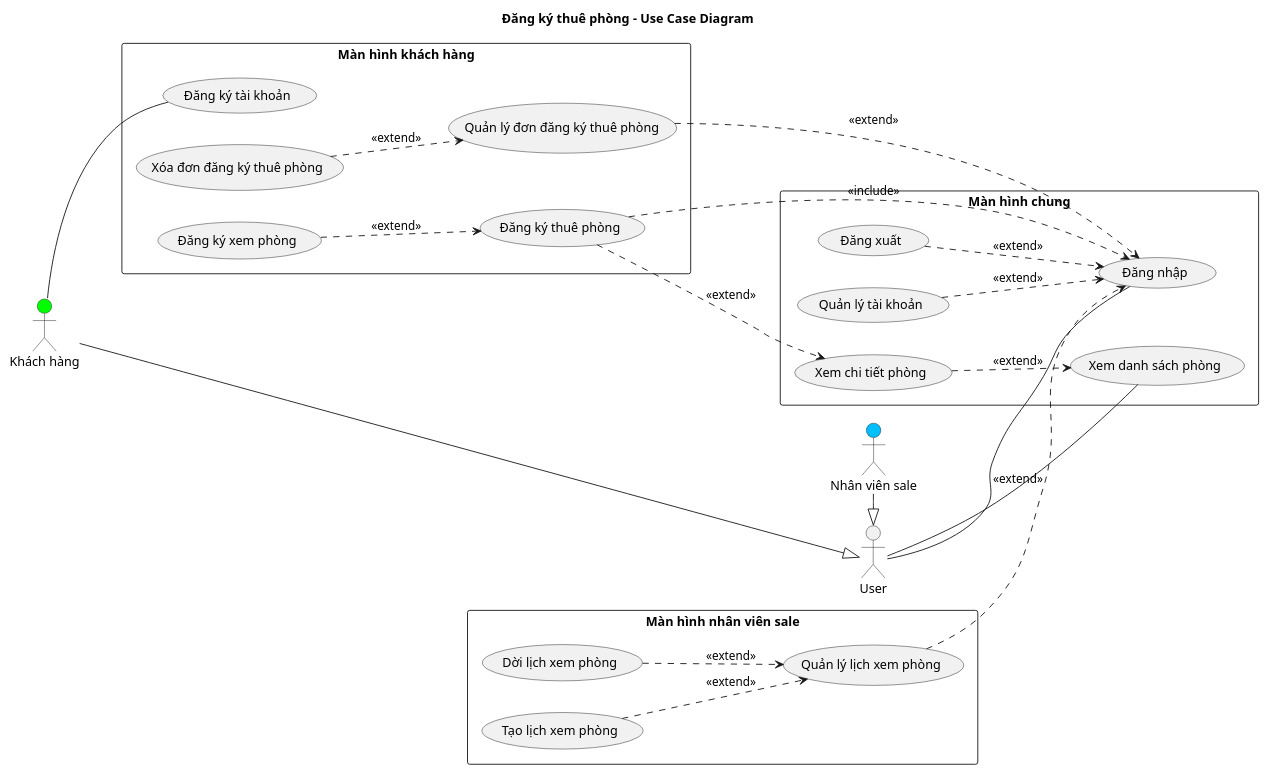
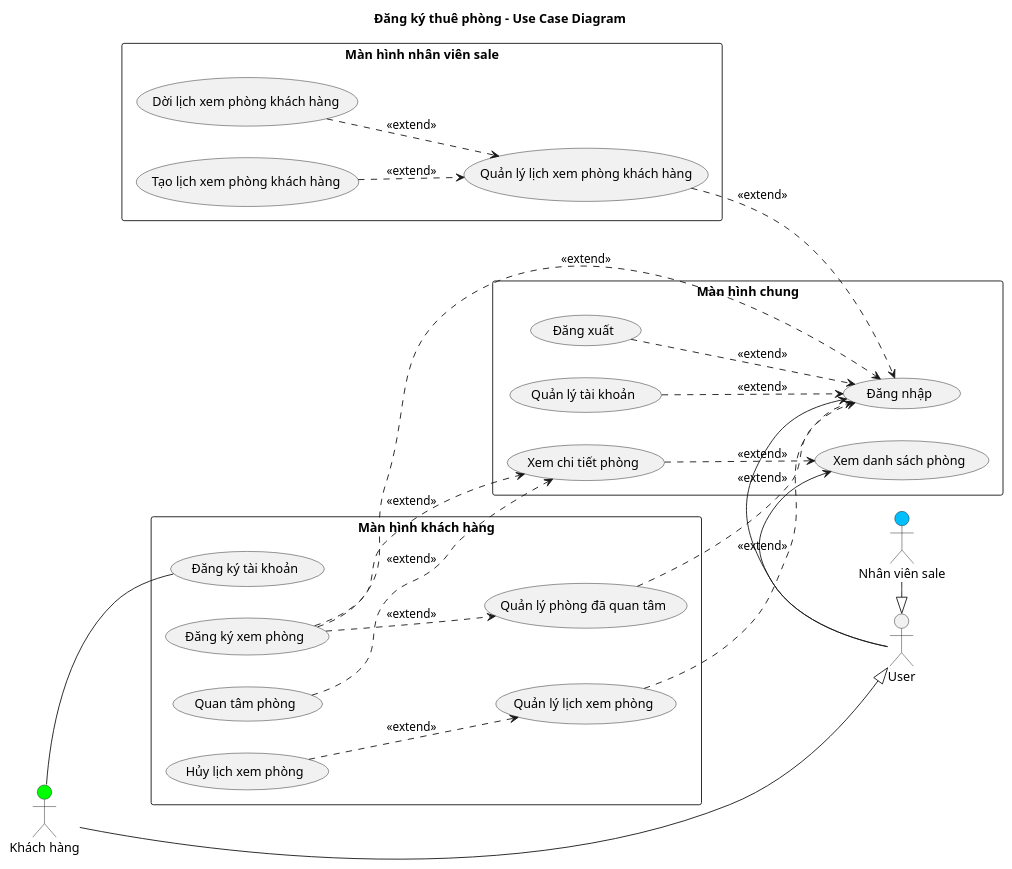
One commit to Gnourt812005/HCMUS-Analyze-and-desgin-IS changed the diagram in doc/system/use-case/dang_ky_thue_phong.wsd. Above: the diagram before and after it, drawn with PlantUML. The commit also changed 14 other files, not shown here.

Commit message:
duong:init for class diagram and sequence diagram

```diff
--- a/doc/system/use-case/dang_ky_thue_phong.wsd
+++ b/doc/system/use-case/dang_ky_thue_phong.wsd
@@ -1,87 +1,100 @@
 @startuml SystemUsecase
 title Đăng ký thuê phòng - Use Case Diagram
 
 skinparam packageStyle rectangle
 
 ' Direction
 left to right direction
 
 ' Define S.Actors
 actor "User" as user
 actor "Khách hàng" as customer #Lime
 ' actor "Nhân viên quản lý chi nhánh" as manager #DarkOrange
 actor "Nhân viên sale" as sale #DeepSkyBlue
 ' actor "Admin" as admin #Crimson
 
 customer -|> user
 ' manager -|> user
 sale -|> user
 ' admin -|> user
 
 
 rectangle "Màn hình chung"{
     usecase "Đăng nhập" as UC_DangNhap
     usecase "Đăng xuất" as UC_DangXuat
     usecase "Quản lý tài khoản" as UC_QuanLyTaiKhoan
     usecase "Xem danh sách phòng" as UC_XemDanhSachPhong
     usecase "Xem chi tiết phòng" as UC_XemChiTietPhong
 
+    user -> UC_DangNhap
+    user -> UC_XemDanhSachPhong
+
     UC_DangXuat ..> UC_DangNhap : <<extend>>
     UC_QuanLyTaiKhoan ..> UC_DangNhap : <<extend>>
     UC_XemChiTietPhong ..> UC_XemDanhSachPhong : <<extend>>
 }
 
 rectangle "Màn hình khách hàng"{
     usecase "Đăng ký tài khoản" as UC_DangKyTaiKhoan
 
-    usecase "Đăng ký thuê phòng" as UC_DangKyThuePhong
     usecase "Đăng ký xem phòng" as UC_DangKyXemPhong
-    usecase "Quản lý đơn đăng ký thuê phòng" as UC_QuanLyDonDangKyThuePhong
-    usecase "Xóa đơn đăng ký thuê phòng" as UC_XoaDonDangKyThuePhong
+    usecase "Quản lý lịch xem phòng" as UC_QuanLyDonXemPhong
+    usecase "Hủy lịch xem phòng" as UC_HuyLichXemPhong
+    usecase "Quan tâm phòng" as UC_QuanTamPhong
+    usecase "Quản lý phòng đã quan tâm" as UC_QuanLyPhongQuanTam
+
+    ' usecase "Quản lý đơn đăng ký thuê phòng" as UC_QuanLyDonDangKyThuePhong
+    ' usecase "Xóa đơn đăng ký thuê phòng" as UC_XoaDonDangKyThuePhong
+    ' usecase "Đăng ký thuê phòng" as UC_DangKyThuePhong
     
+    customer -- UC_DangKyTaiKhoan
 
-    customer -- UC_DangKyTaiKhoan
-    user -- UC_XemDanhSachPhong
+    UC_DangKyXemPhong ..> UC_XemChiTietPhong : <<extend>>
+    UC_DangKyXemPhong ..> UC_DangNhap : <<extend>>
+    UC_HuyLichXemPhong ..> UC_QuanLyDonXemPhong : <<extend>>
+    UC_QuanTamPhong ..> UC_XemChiTietPhong : <<extend>>
+    UC_QuanLyDonXemPhong ..> UC_DangNhap : <<extend>>
+    UC_QuanLyPhongQuanTam ..> UC_DangNhap : <<extend>>
+    UC_DangKyXemPhong ..> UC_QuanLyPhongQuanTam : <<extend>>
 
-    UC_DangKyThuePhong ..> UC_XemChiTietPhong : <<extend>>
-    UC_DangKyThuePhong ..> UC_DangNhap : <<include>>
-    UC_QuanLyDonDangKyThuePhong ..> UC_DangNhap : <<extend>>
-    UC_XoaDonDangKyThuePhong ..> UC_QuanLyDonDangKyThuePhong : <<extend>>
-    UC_DangKyXemPhong ..> UC_DangKyThuePhong : <<extend>>
+
+    ' UC_QuanLyDonDangKyThuePhong ..> UC_DangNhap : <<extend>>
+    ' UC_XoaDonDangKyThuePhong ..> UC_QuanLyDonDangKyThuePhong : <<extend>>
+    ' UC_DangKyXemPhong ..> UC_DangKyThuePhong : <<extend>>
+    ' UC_DangKyThuePhong ..> UC_XemChiTietPhong : <<extend>>
+    ' UC_DangKyThuePhong ..> UC_DangNhap : <<include>>
 }
 
 ' rectangle "Màn hình nhân viên quản lý chi nhánh"{
 '     usecase "Quản lý phòng" as UC_QuanLyPhong
 '     usecase "Quản lý khách thuê" as UC_QuanLyKhachHang
 '     usecase "Quản lý hợp đồng thuê phòng" as UC_QuanLyHopDongThuePhong
 
 '     UC_QuanLyPhong ..> UC_DangNhap : <<extend>>
 '     UC_QuanLyKhachHang ..> UC_DangNhap : <<extend>>
 '     UC_QuanLyHopDongThuePhong ..> UC_DangNhap : <<extend>>
 ' }
 
 rectangle "Màn hình nhân viên sale"{
-    usecase "Quản lý lịch xem phòng" as UC_QuanLyLichXemPhong
-    usecase "Dời lịch xem phòng" as UC_DoiLichXemPhong
-    usecase "Tạo lịch xem phòng" as UC_TaoLichXemPhong
+    usecase "Quản lý lịch xem phòng khách hàng" as UC_QuanLyLichXemPhongKH
+    usecase "Dời lịch xem phòng khách hàng" as UC_DoiLichXemPhongKH
+    usecase "Tạo lịch xem phòng khách hàng" as UC_TaoLichXemPhongKH
 
-    UC_QuanLyLichXemPhong ..> UC_DangNhap : <<extend>>
-    UC_DoiLichXemPhong ..> UC_QuanLyLichXemPhong : <<extend>>
-    UC_TaoLichXemPhong ..> UC_QuanLyLichXemPhong : <<extend>>
+    UC_QuanLyLichXemPhongKH ..> UC_DangNhap : <<extend>>
+    UC_DoiLichXemPhongKH ..> UC_QuanLyLichXemPhongKH : <<extend>>
+    UC_TaoLichXemPhongKH ..> UC_QuanLyLichXemPhongKH : <<extend>>
 }
 
 ' rectangle "Màn hình Admin"{
 '     usecase "Quản lý ký túc xá" as UC_QuanLyKyTucXa
 '     usecase "Quản lý nhân viên" as UC_QuanLyNhanVien
 '     usecase "Tạo tài khoản nhân viên" as UC_TaoTaiKhoanNhanVien
 
 '     UC_QuanLyKyTucXa ..> UC_DangNhap : <<extend>>
 '     UC_QuanLyNhanVien ..> UC_DangNhap : <<extend>>
 '     UC_TaoTaiKhoanNhanVien ..> UC_QuanLyNhanVien : <<extend>>
 ' }
 
-' Actor - Main Use Cases Associations
-user -- UC_DangNhap
 
 
 @enduml
```
